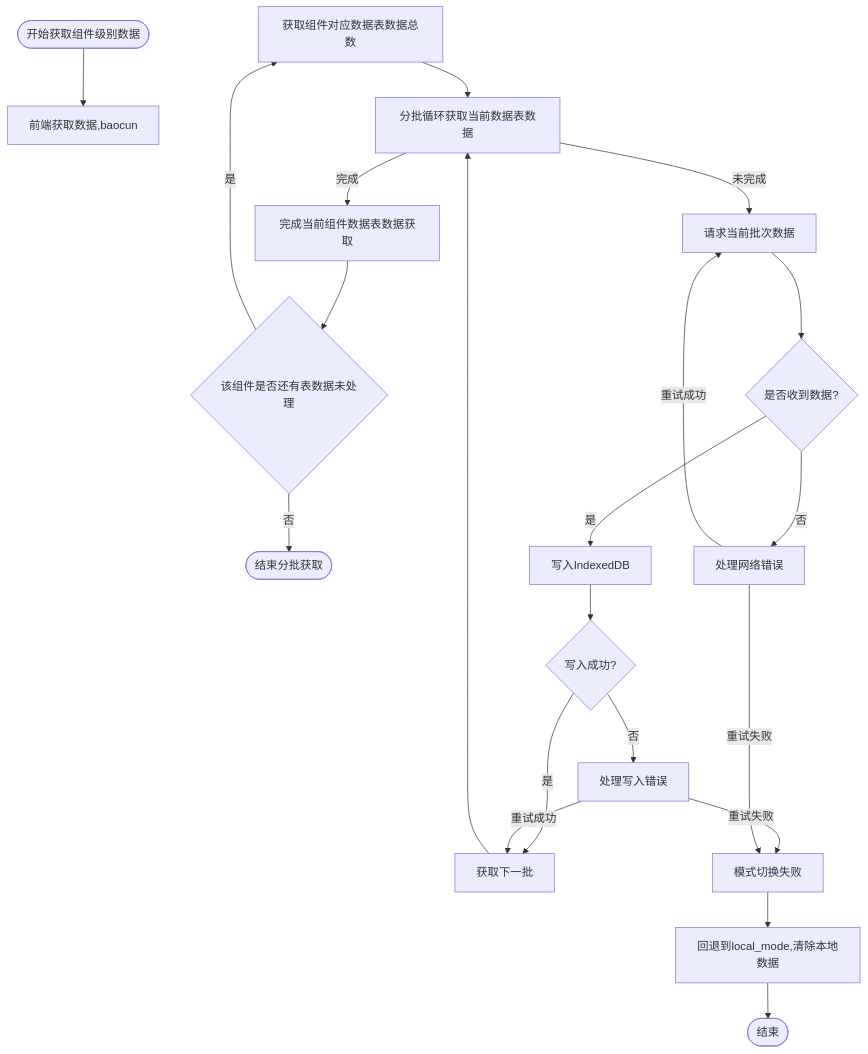
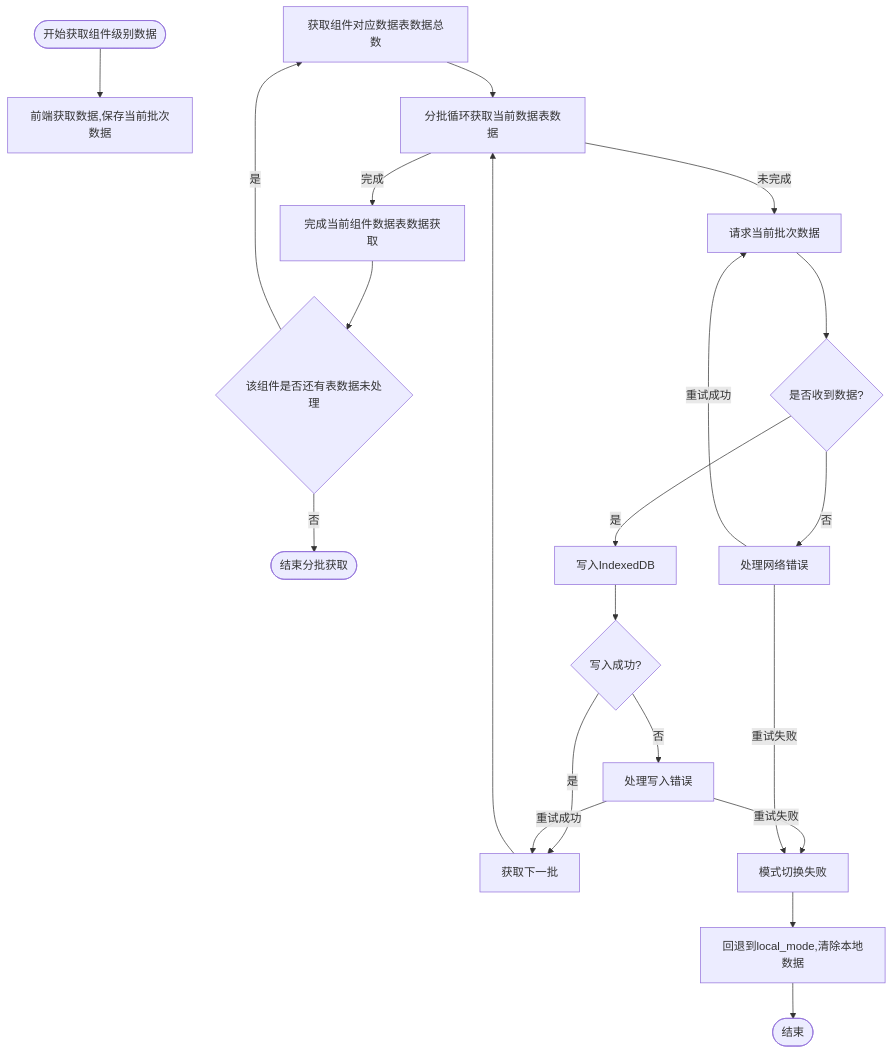
Before and after one commit to yingjianzh/iodraw-files: the diagram in all/未命名-59.md, drawn with Mermaid.

Commit message:
2025-05-14 15:09:52 update

````diff
--- a/all/未命名-59.md
+++ b/all/未命名-59.md
@@ -1,40 +1,40 @@
 ```mermaid
 
 
 flowchart TD
-    StartBatch([开始获取组件级别数据]) --> FrontSaveTimestamp[前端获取数据,baocun]
+    StartBatch([开始获取组件级别数据]) --> FrontSaveTimestamp[前端获取数据,保存当前批次数据]
     
     
     
     InitializeBatch[获取组件对应数据表数据总数]
     InitializeBatch --> CheckBatchSize[分批循环获取当前数据表数据]
     
     CheckBatchSize -->|完成| BatchComplete[完成当前组件数据表数据获取]
 
 
     BatchComplete --> HasNext{该组件是否还有表数据未处理}
 
     HasNext --> |是| InitializeBatch
     HasNext --> |否| EndBatch([结束分批获取])
 
     
     CheckBatchSize -->|未完成| RequestBatch[请求当前批次数据]
     RequestBatch --> ReceiveBatch{是否收到数据?}
     
     ReceiveBatch -->|是| WriteToDB[写入IndexedDB]
     
     WriteToDB --> BatchSuccess{写入成功?}
     BatchSuccess -->|是| NextBatch[获取下一批]
     BatchSuccess -->|否| HandleError[处理写入错误]
     HandleError -->|重试成功| NextBatch
     HandleError -->|重试失败| ModeFailed[模式切换失败]
     ModeFailed --> Abort[回退到local_mode,清除本地数据]
     Abort --> End([结束])
     
     ReceiveBatch -->|否| HandleNetworkError[处理网络错误]
     HandleNetworkError -->|重试成功| RequestBatch
     HandleNetworkError -->|重试失败| ModeFailed
     
     NextBatch --> CheckBatchSize
 
 ```
````
